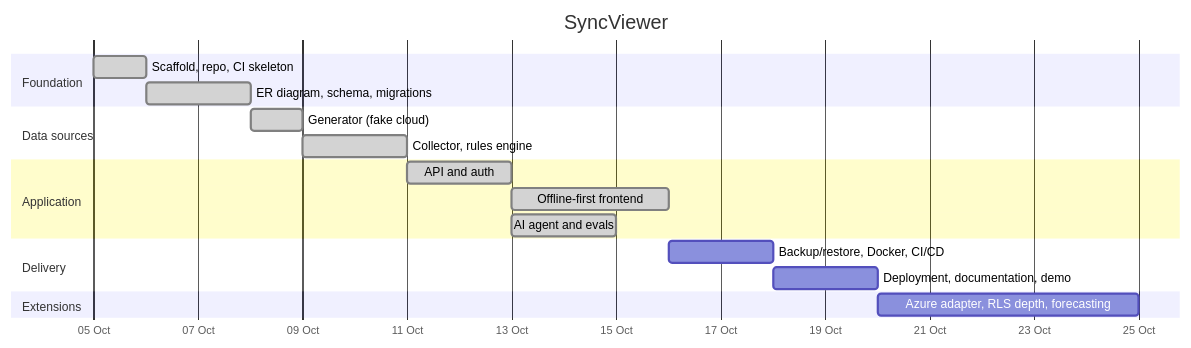
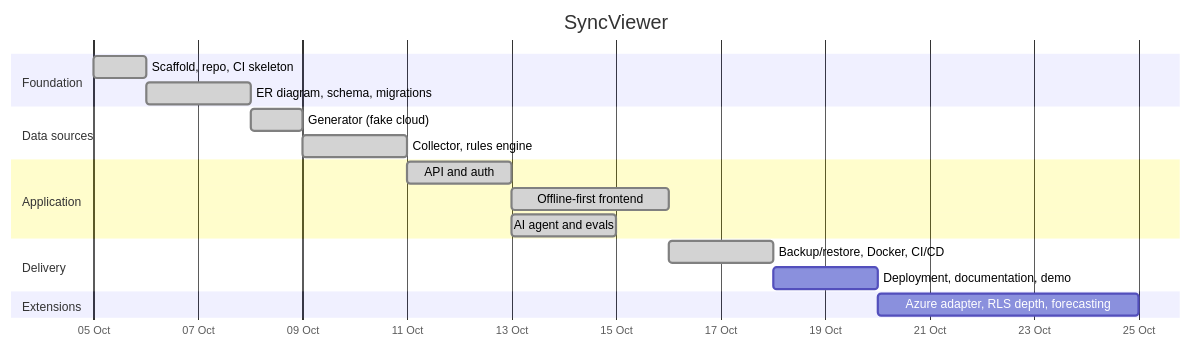
One commit to karthikr06/syncViewer changed the diagram in docs/gantt.md. Above: the diagram before and after it, drawn with Mermaid. The commit also changed other lines of this file and 6 other files, not shown here.

````diff
--- a/docs/gantt.md
+++ b/docs/gantt.md
@@ -3,21 +3,21 @@
 ```mermaid
 gantt
     title SyncViewer
     dateFormat  YYYY-MM-DD
     axisFormat  %d %b
     section Foundation
     Scaffold, repo, CI skeleton          :done, p0, 2026-10-05, 1d
     ER diagram, schema, migrations       :done, p1, after p0, 2d
     section Data sources
     Generator (fake cloud)               :done, p2, after p1, 1d
     Collector, rules engine              :done, p3, after p2, 2d
     section Application
     API and auth                         :done, p4, after p3, 2d
     Offline-first frontend               :done, p5, after p4, 3d
     AI agent and evals                   :done, p6, after p4, 2d
     section Delivery
-    Backup/restore, Docker, CI/CD        :p7, after p5, 2d
+    Backup/restore, Docker, CI/CD        :done, p7, after p5, 2d
     Deployment, documentation, demo      :p7b, after p7, 2d
     section Extensions
     Azure adapter, RLS depth, forecasting:p8, after p7b, 5d
 ```
````
